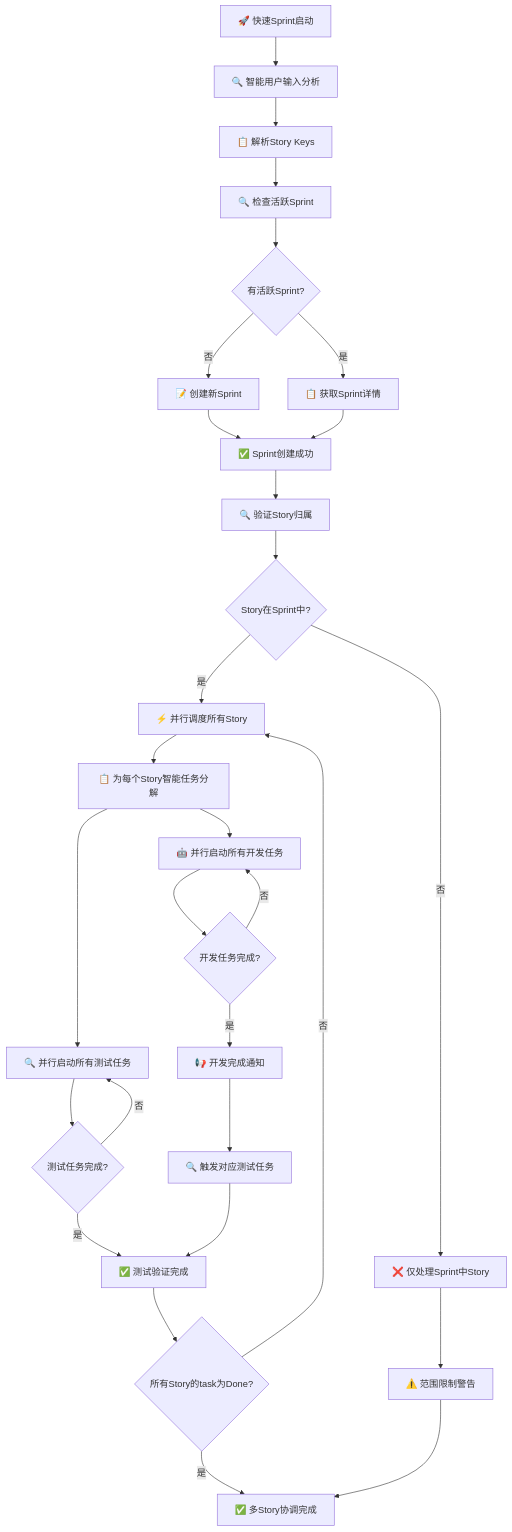
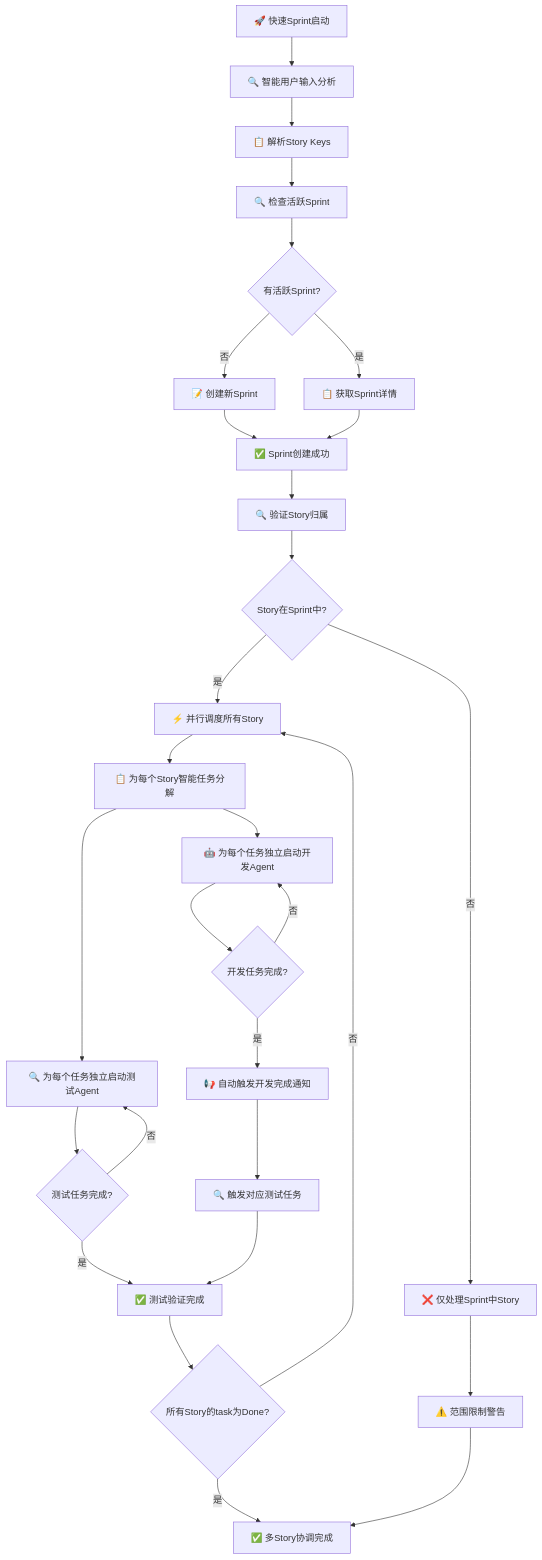
One commit to ouyangshixiong/context-engineering-zh changed the sixth of 12 diagrams in plugins/agile-marketplace/sprint-plugin/commands/快速sprint.md. Above: the diagram before and after it, drawn with Mermaid. The commit also changed other lines of this file and 7 other files, not shown here.

````diff
--- a/plugins/agile-marketplace/sprint-plugin/commands/快速sprint.md
+++ b/plugins/agile-marketplace/sprint-plugin/commands/快速sprint.md
@@ -275,35 +275,35 @@
 ```mermaid
 flowchart TD
     A[🚀 快速Sprint启动] --> B[🔍 智能用户输入分析]
     B --> C[📋 解析Story Keys]
     C --> D[🔍 检查活跃Sprint]
     D --> E{有活跃Sprint?}
     E -->|否| F[📝 创建新Sprint]
     E -->|是| G[📋 获取Sprint详情]
     F --> H[✅ Sprint创建成功]
     G --> H
     H --> I[🔍 验证Story归属]
     I --> J{Story在Sprint中?}
     J -->|否| K[❌ 仅处理Sprint中Story]
     J -->|是| L[⚡ 并行调度所有Story]
     K --> M[⚠️ 范围限制警告]
     L --> N[📋 为每个Story智能任务分解]
-    N --> O[🤖 并行启动所有开发任务]
-    N --> P[🔍 并行启动所有测试任务]
+    N --> O[🤖 为每个任务独立启动开发Agent]
+    N --> P[🔍 为每个任务独立启动测试Agent]
 
     O --> Q{开发任务完成?}
     Q -->|否| O
-    Q -->|是| R[📢 开发完成通知]
+    Q -->|是| R[📢 自动触发开发完成通知]
     R --> S[🔍 触发对应测试任务]
 
     P --> T{测试任务完成?}
     T -->|否| P
     T -->|是| U[✅ 测试验证完成]
 
     S --> U
 
     U --> V{所有Story的task为Done?}
     V -->|否| L
     V -->|是| W[✅ 多Story协调完成]
     M --> W
 ```
````
